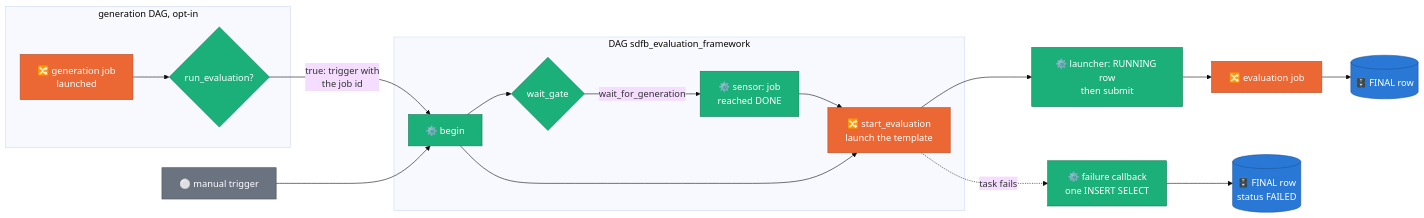
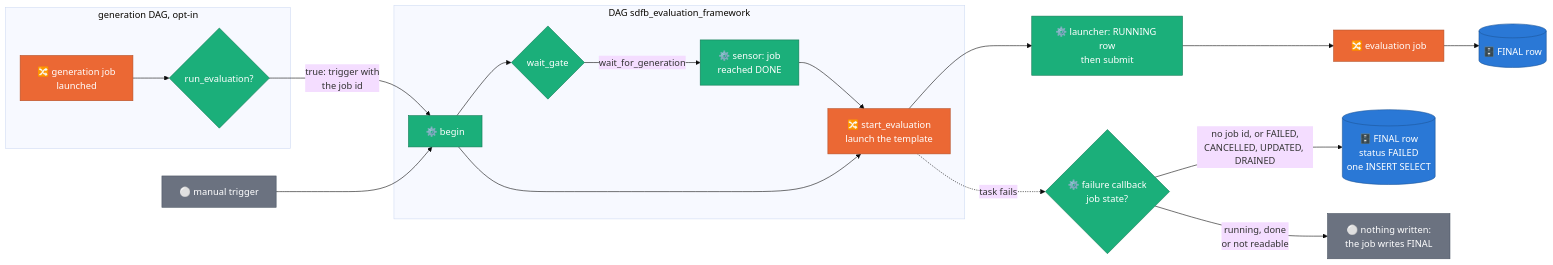
One commit to albertols/synthetic-llm-dataflow-bigquery changed diagram 27 of 28 in docs/designs/2026-07-07-evaluation-framework-design.md. Above: the diagram before and after it, drawn with Mermaid (base theme). The commit also changed other lines of this file and 9 other files, not shown here.

````diff
--- a/docs/designs/2026-07-07-evaluation-framework-design.md
+++ b/docs/designs/2026-07-07-evaluation-framework-design.md
@@ -1921,20 +2034,22 @@
 ```mermaid
 flowchart LR
   classDef beam  fill:#eb6834,color:#fff,stroke:#b44f26
   classDef cpu   fill:#1baf7a,color:#fff,stroke:#127a55
   classDef store fill:#2a78d6,color:#fff,stroke:#1d5599
   classDef data  fill:#6b7280,color:#fff,stroke:#4b5563
 
   subgraph GEN["generation DAG, opt-in"]
     G1["🔀 generation job<br/>launched"]:::beam --> G2{"run_evaluation?"}:::cpu
   end
   subgraph EV["DAG sdfb_evaluation_framework"]
     B["⚙️ begin"]:::cpu --> W{"wait_gate"}:::cpu
     W -- "wait_for_generation" --> S["⚙️ sensor: job<br/>reached DONE"]:::cpu --> ST
     B --> ST["🔀 start_evaluation<br/>launch the template"]:::beam
   end
   G2 -- "true: trigger with<br/>the job id" --> B
   ST --> L["⚙️ launcher: RUNNING row<br/>then submit"]:::cpu --> JOB["🔀 evaluation job"]:::beam --> FIN[("🗄️ FINAL row")]:::store
-  ST -. "task fails" .-> CB["⚙️ failure callback<br/>one INSERT SELECT"]:::cpu --> FAILED[("🗄️ FINAL row<br/>status FAILED")]:::store
+  ST -. "task fails" .-> CB{"⚙️ failure callback<br/>job state?"}:::cpu
+  CB -- "no job id, or FAILED,<br/>CANCELLED, UPDATED, DRAINED" --> FAILED[("🗄️ FINAL row<br/>status FAILED<br/>one INSERT SELECT")]:::store
+  CB -- "running, done<br/>or not readable" --> OPEN["⚪ nothing written:<br/>the job writes FINAL"]:::data
   M["⚪ manual trigger"]:::data --> B
 ```
````
